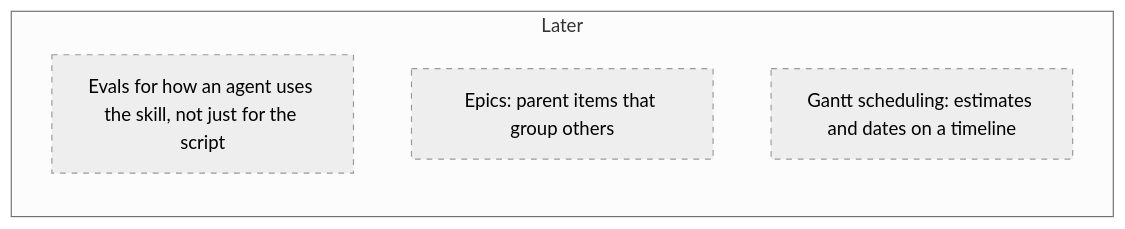
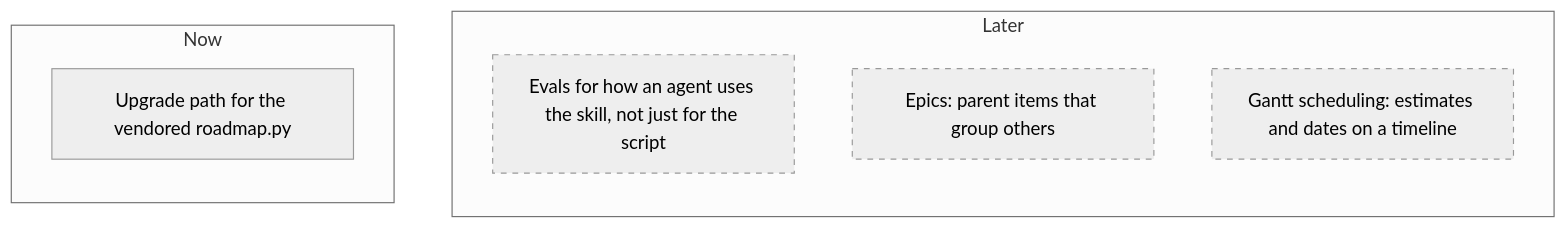
Before and after one commit to carby/simple-agentic-roadmap-skill: the diagram in roadmap/README.md, drawn with Mermaid (neutral theme). The commit also changed other lines of this file and 6 other files, not shown here.

First line of the commit message:
feat: upgrade command for the vendored roadmap.py

````diff
--- a/roadmap/README.md
+++ b/roadmap/README.md
@@ -39,10 +39,14 @@
 ```mermaid
 flowchart LR
+  subgraph b_now ["Now"]
+    i_vendored_script_upgrade["Upgrade path for the vendored roadmap.py"]
+  end
   subgraph b_later ["Later"]
     i_agent_behaviour_evals["Evals for how an agent uses the skill, not just for the script"]
     i_epics["Epics: parent items that group others"]
     i_gantt_scheduling["Gantt scheduling: estimates and dates on a timeline"]
   end
+  b_now ~~~ b_later
   classDef later stroke-dasharray: 5 5
   class i_agent_behaviour_evals,i_epics,i_gantt_scheduling later
 ```
````
